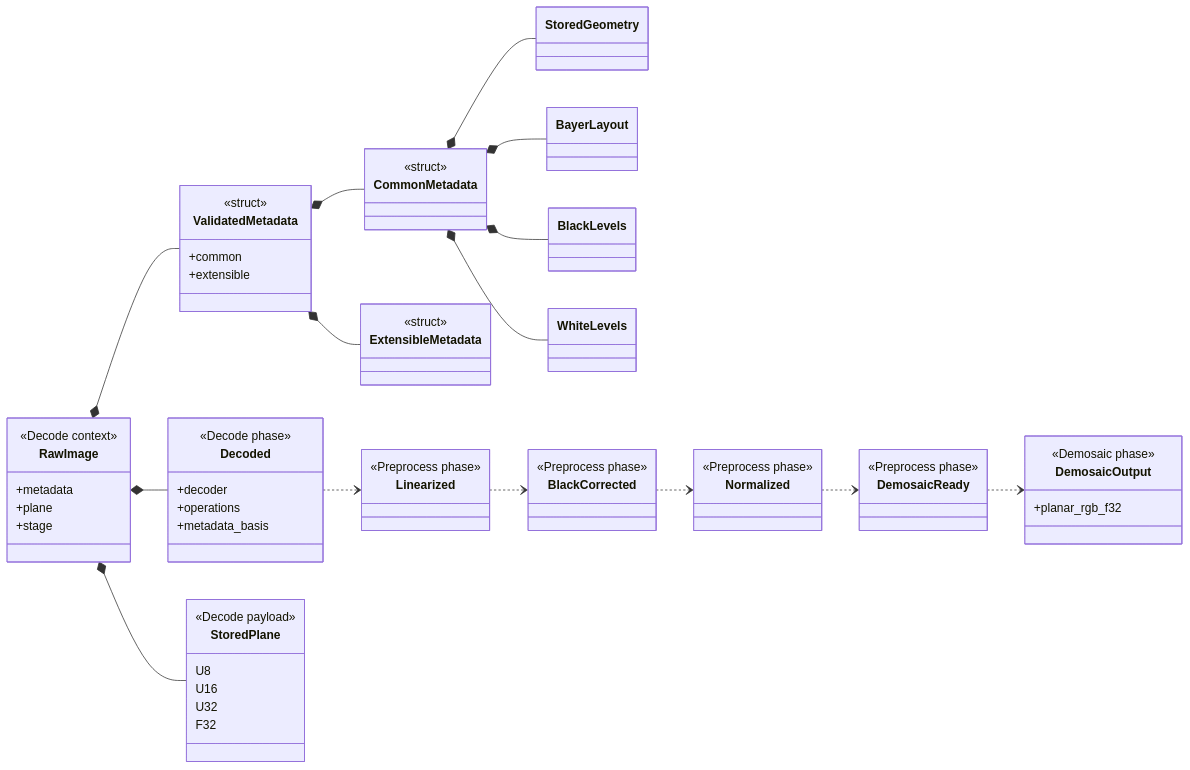
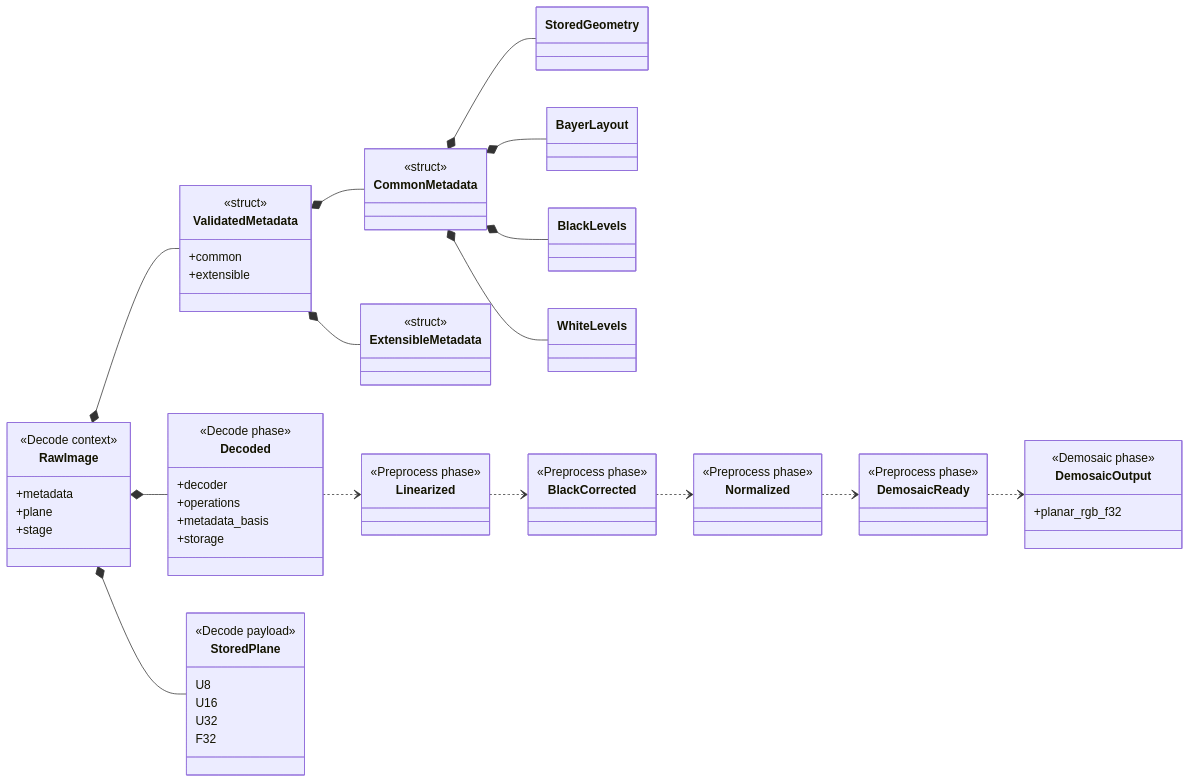
One commit to Glatzel/fornax changed the diagram in docs/raw-pipeline/raw-image-struct.md. Above: the diagram before and after it, drawn with Mermaid. The commit also changed other lines of this file and 15 other files, not shown here.

````diff
--- a/docs/raw-pipeline/raw-image-struct.md
+++ b/docs/raw-pipeline/raw-image-struct.md
@@ -9,69 +9,70 @@
 ```mermaid
 classDiagram
     direction LR
     class RawImage {
         <<Decode context>>
         +metadata
         +plane
         +stage
     }
     class ValidatedMetadata {
         <<struct>>
         +common
         +extensible
     }
     class CommonMetadata {
         <<struct>>
     }
     class ExtensibleMetadata {
         <<struct>>
     }
     class StoredGeometry
     class BayerLayout
     class BlackLevels
     class WhiteLevels
     class Decoded {
         <<Decode phase>>
         +decoder
         +operations
         +metadata_basis
+        +storage
     }
     class StoredPlane {
         <<Decode payload>>
         U8
         U16
         U32
         F32
     }
     class Linearized {
         <<Preprocess phase>>
     }
     class BlackCorrected {
         <<Preprocess phase>>
     }
     class Normalized {
         <<Preprocess phase>>
     }
     class DemosaicReady {
         <<Preprocess phase>>
     }
     class DemosaicOutput {
         <<Demosaic phase>>
         +planar_rgb_f32
     }
 
     RawImage *-- ValidatedMetadata
     RawImage *-- StoredPlane
     RawImage *-- Decoded
     ValidatedMetadata *-- CommonMetadata
     ValidatedMetadata *-- ExtensibleMetadata
     CommonMetadata *-- StoredGeometry
     CommonMetadata *-- BayerLayout
     CommonMetadata *-- BlackLevels
     CommonMetadata *-- WhiteLevels
     Decoded ..> Linearized
     Linearized ..> BlackCorrected
     BlackCorrected ..> Normalized
     Normalized ..> DemosaicReady
     DemosaicReady ..> DemosaicOutput
 ```
````
